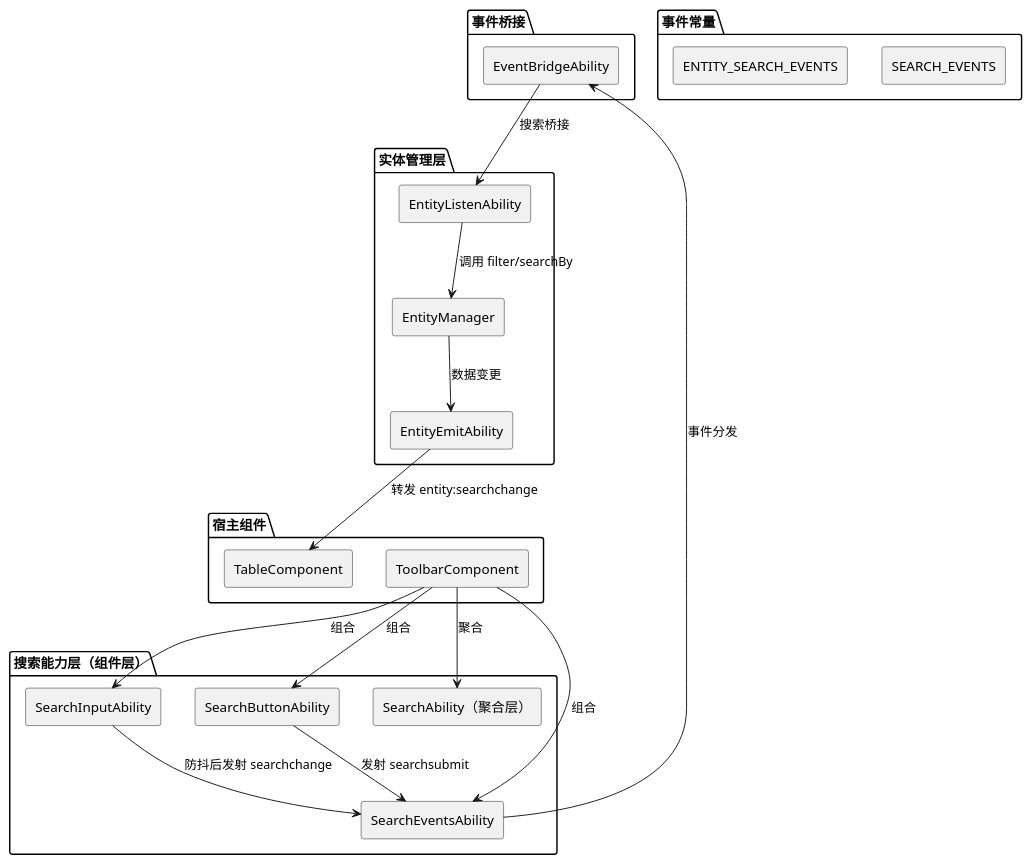
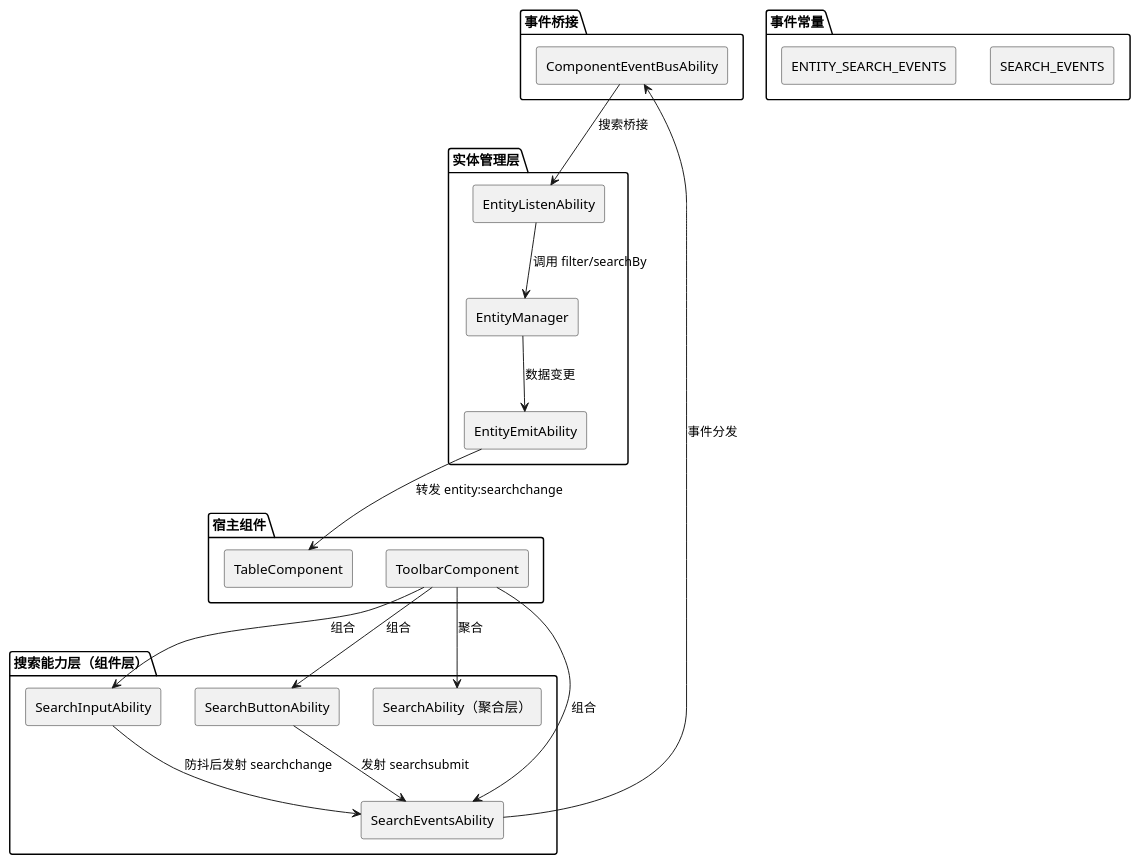
The first of 8 diagrams in docs/sdd/search-ability/spec.md (tianxiaode/QimenJs), drawn with PlantUML before and after one commit. The commit also changed other lines of this file and 45 other files, not shown here.

First line of the commit message:
refactor: rename EventBridge to ComponentEventBus and BridgeListen to ComponentListen

````diff
--- a/docs/sdd/search-ability/spec.md
+++ b/docs/sdd/search-ability/spec.md
@@ -74,47 +74,47 @@
 ```plantuml
 @startuml
 skinparam componentStyle rectangle
 
 package "搜索能力层（组件层）" {
     [SearchInputAbility] as Input
     [SearchButtonAbility] as Button
     [SearchEventsAbility] as Events
     [SearchAbility（聚合层）] as Search
 }
 
 package "宿主组件" {
     [ToolbarComponent] as Toolbar
     [TableComponent] as Table
 }
 
 package "实体管理层" {
     [EntityManager] as EM
     [EntityListenAbility] as EL
     [EntityEmitAbility] as EE
 }
 
 package "事件桥接" {
-    [EventBridgeAbility] as EB
+    [ComponentEventBusAbility] as EB
 }
 
 package "事件常量" {
     [SEARCH_EVENTS] as SE
     [ENTITY_SEARCH_EVENTS] as ESE
 }
 
 Toolbar --> Input : 组合
 Toolbar --> Button : 组合
 Toolbar --> Events : 组合
 Toolbar --> Search : 聚合
 
 Input --> Events : 防抖后发射 searchchange
 Button --> Events : 发射 searchsubmit
 
 Events --> EB : 事件分发
 EB --> EL : 搜索桥接
 EL --> EM : 调用 filter/searchBy
 EM --> EE : 数据变更
 EE --> Table : 转发 entity:searchchange
 
 @enduml
 ```
````
